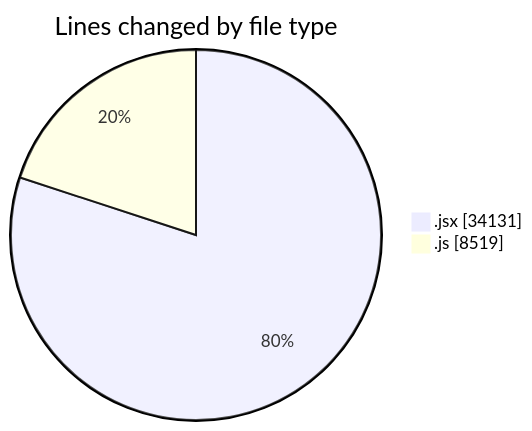
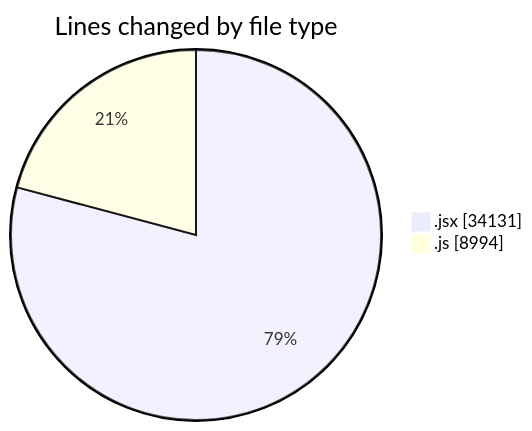
Before and after one commit to nxtqubesakshisongat/code-tracking: the first of 2 diagrams in 2025-09-29/nxtqube_webapp/README.md, drawn with Mermaid. The commit also changed other lines of this file and 1 other file, not shown here.

````diff
--- a/2025-09-29/nxtqube_webapp/README.md
+++ b/2025-09-29/nxtqube_webapp/README.md
@@ -22,6 +22,6 @@
 ```mermaid
 pie showData
 title Lines changed by file type
 ".jsx" : 34131
-".js" : 8519
+".js" : 8994
 ```
````
